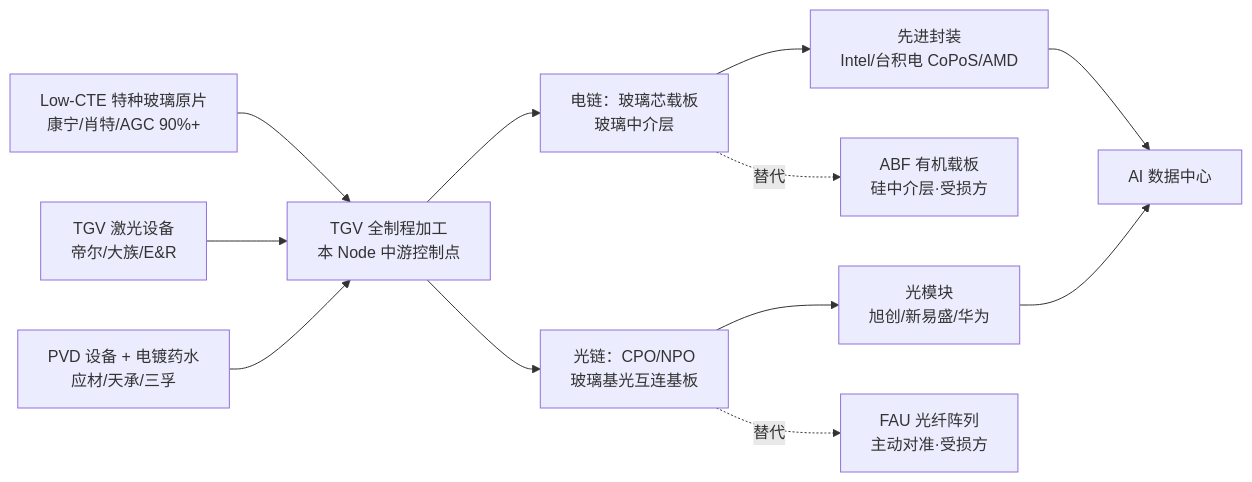
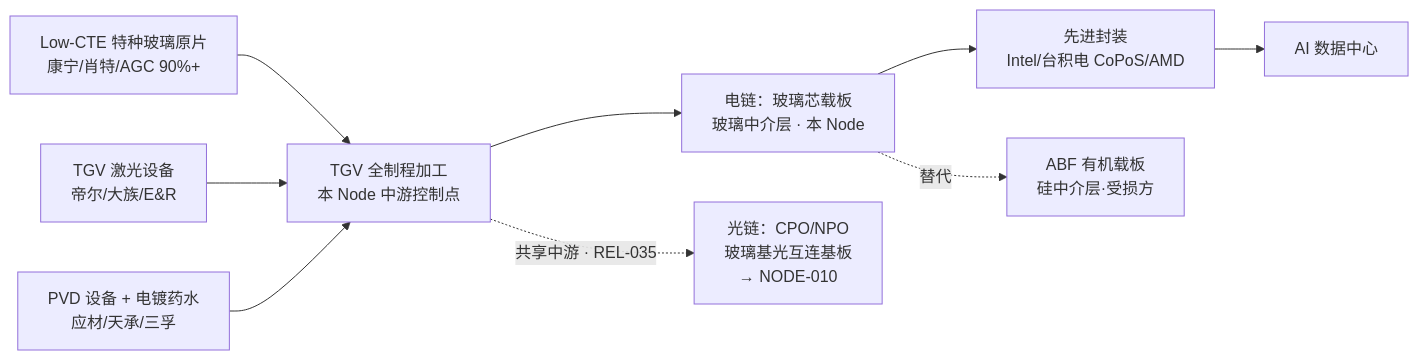
One commit to SugieLiao/shaohao-ruchang changed the first of 2 diagrams in 02 势宫/0201 产业研究所/NODE-009 玻璃基板 Glass Substrate.md. Above: the diagram before and after it, drawn with Mermaid. The commit also changed other lines of this file and 41 other files, not shown here.

Commit message:
宫主裁定：按双Node拆分（新建 NODE-010 玻璃基光互连，009 收敛为电链）；配图全量推进 30 张；EVD-198~206 + 并列 C-13/C-14；KA-015/016/017 正式入宫；日更允许改写结论句（附四条护栏）

````diff
--- a/02 势宫/0201 产业研究所/NODE-009 玻璃基板 Glass Substrate.md
+++ b/02 势宫/0201 产业研究所/NODE-009 玻璃基板 Glass Substrate.md
@@ -135,14 +139,11 @@
 ```mermaid
 flowchart LR
     A["Low-CTE 特种玻璃原片<br/>康宁/肖特/AGC 90%+"] --> B["TGV 全制程加工<br/>本 Node 中游控制点"]
     A2["TGV 激光设备<br/>帝尔/大族/E&R"] --> B
     A3["PVD 设备 + 电镀药水<br/>应材/天承/三孚"] --> B
-    B --> C["电链：玻璃芯载板<br/>玻璃中介层"]
-    B --> D["光链：CPO/NPO<br/>玻璃基光互连基板"]
+    B --> C["电链：玻璃芯载板<br/>玻璃中介层 · 本 Node"]
+    B -.->|"共享中游 · REL-035"| D["光链：CPO/NPO<br/>玻璃基光互连基板<br/>→ NODE-010"]
     C --> E["先进封装<br/>Intel/台积电 CoPoS/AMD"]
-    D --> F["光模块<br/>旭创/新易盛/华为"]
     E --> G["AI 数据中心"]
-    F --> G
     C -.->|"替代"| H["ABF 有机载板<br/>硅中介层·受损方"]
-    D -.->|"替代"| I["FAU 光纤阵列<br/>主动对准·受损方"]
 ```
````
